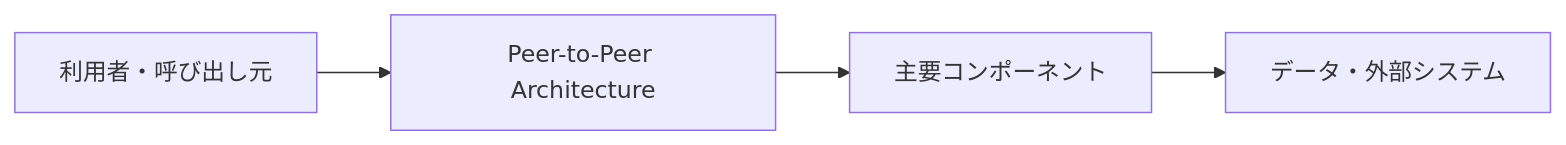
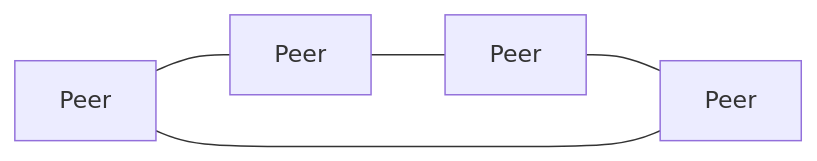
The diagram in docs/分散システム系/ピアツーピアアーキテクチャ.md (t-shirayama/architecture-notes), drawn with Mermaid before and after one commit. The commit also changed other lines of this file and 32 other files, not shown here.

Commit message:
docs: refine remaining architecture notes

````diff
--- a/docs/分散システム系/ピアツーピアアーキテクチャ.md
+++ b/docs/分散システム系/ピアツーピアアーキテクチャ.md
@@ -24,6 +28,7 @@
 ```mermaid
 flowchart LR
-    A[利用者・呼び出し元] --> B[Peer-to-Peer Architecture]
-    B --> C[主要コンポーネント]
-    C --> D[データ・外部システム]
+    P1[Peer] --- P2[Peer]
+    P2 --- P3[Peer]
+    P3 --- P4[Peer]
+    P4 --- P1
 ```
````
